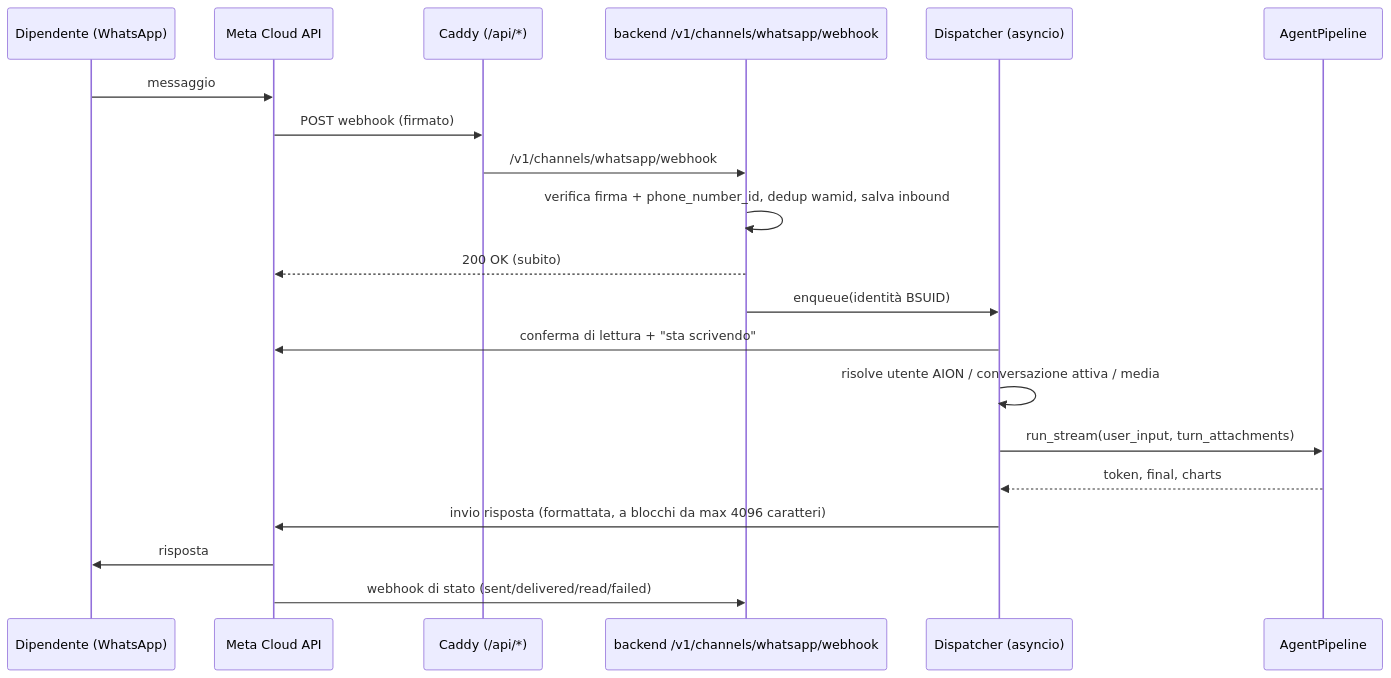
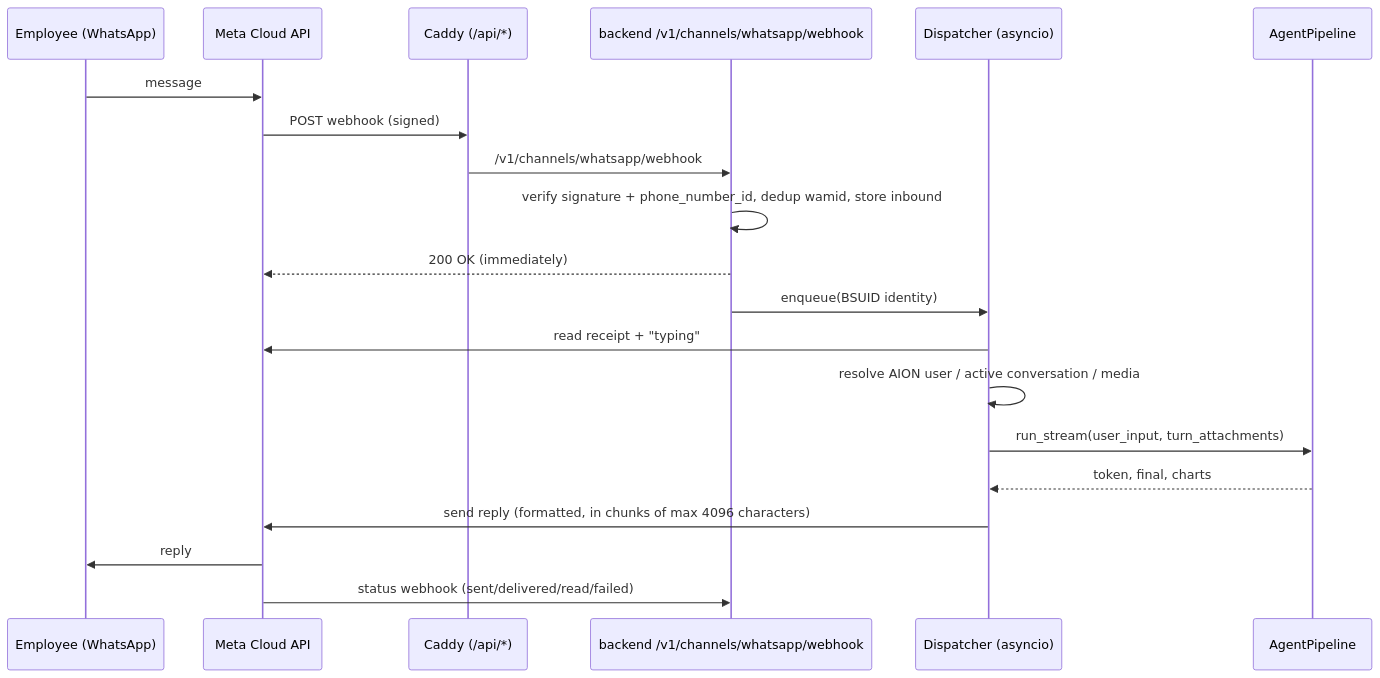
The diagram in docs/architecture/whatsapp-channel-plan.md (AION-by-ASA-Computer/AION_Agent), drawn with Mermaid before and after one commit. The commit also changed other lines of this file and 137 other files, not shown here.

````diff
--- a/docs/architecture/whatsapp-channel-plan.md
+++ b/docs/architecture/whatsapp-channel-plan.md
@@ -86,22 +92,22 @@
 ```mermaid
 sequenceDiagram
-    participant U as Dipendente (WhatsApp)
+    participant U as Employee (WhatsApp)
     participant M as Meta Cloud API
     participant C as Caddy (/api/*)
     participant W as backend /v1/channels/whatsapp/webhook
     participant D as Dispatcher (asyncio)
     participant P as AgentPipeline
-    U->>M: messaggio
-    M->>C: POST webhook (firmato)
+    U->>M: message
+    M->>C: POST webhook (signed)
     C->>W: /v1/channels/whatsapp/webhook
-    W->>W: verifica firma + phone_number_id, dedup wamid, salva inbound
-    W-->>M: 200 OK (subito)
-    W->>D: enqueue(identità BSUID)
-    D->>M: conferma di lettura + "sta scrivendo"
-    D->>D: risolve utente AION / conversazione attiva / media
+    W->>W: verify signature + phone_number_id, dedup wamid, store inbound
+    W-->>M: 200 OK (immediately)
+    W->>D: enqueue(BSUID identity)
+    D->>M: read receipt + "typing"
+    D->>D: resolve AION user / active conversation / media
     D->>P: run_stream(user_input, turn_attachments)
     P-->>D: token, final, charts
-    D->>M: invio risposta (formattata, a blocchi da max 4096 caratteri)
-    M->>U: risposta
-    M->>W: webhook di stato (sent/delivered/read/failed)
+    D->>M: send reply (formatted, in chunks of max 4096 characters)
+    M->>U: reply
+    M->>W: status webhook (sent/delivered/read/failed)
 ```
````
